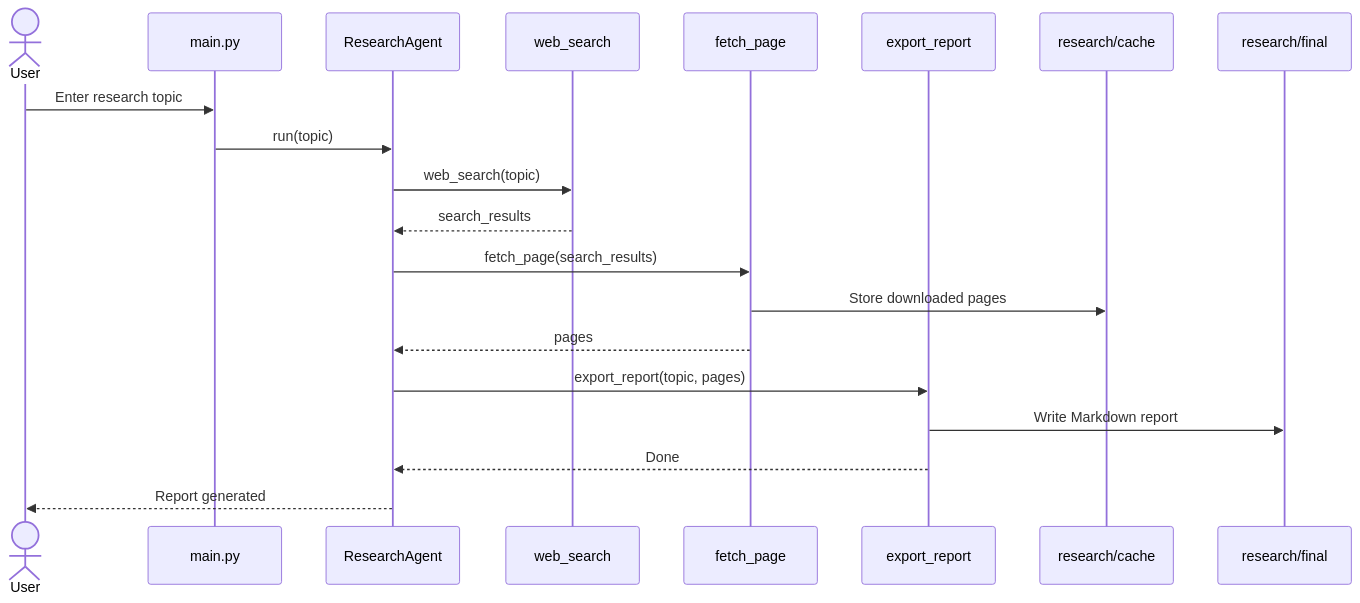
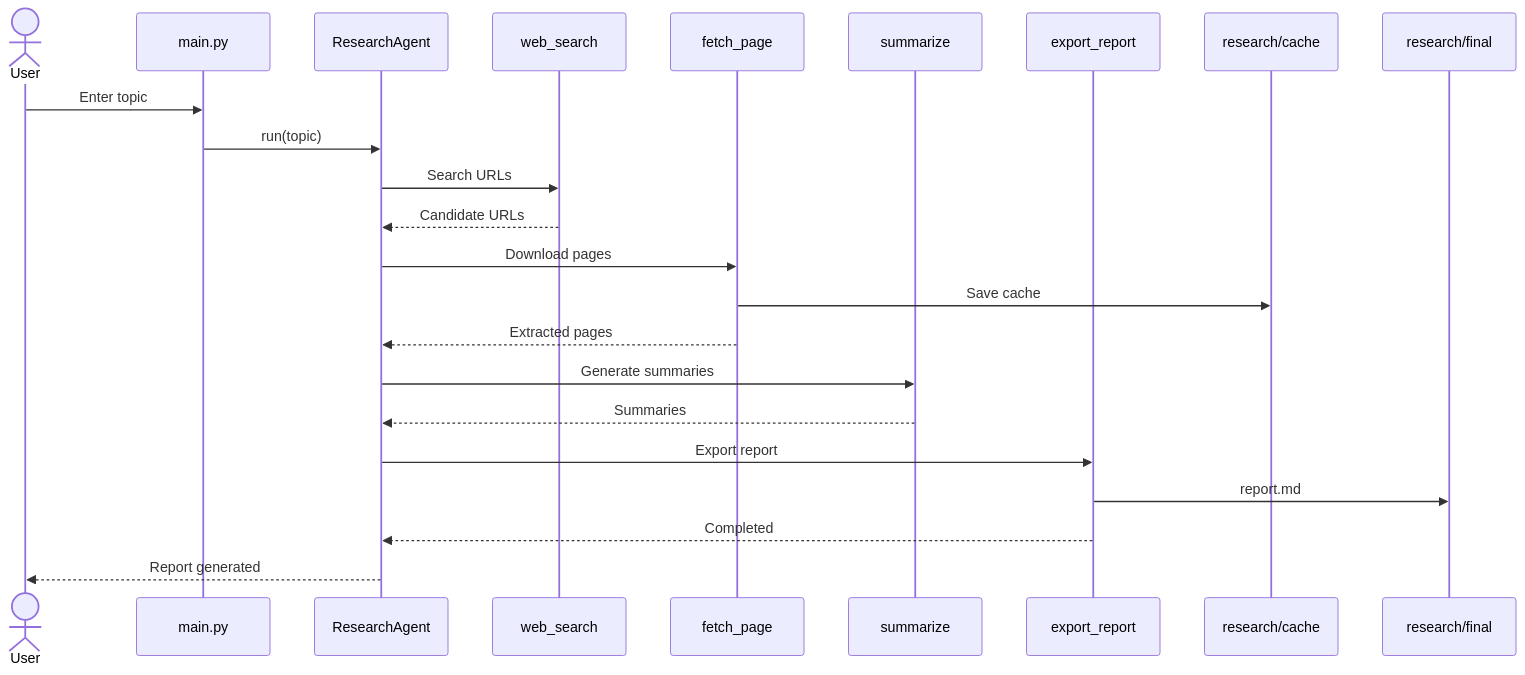
The third of 3 diagrams in docs/architecture.md (KJ-VS/automotive-research-agent), drawn with Mermaid before and after one commit. The commit also changed other lines of this file and 8 other files, not shown here.

Commit message:
Release v1.0 - Modular Automotive Research Agent

````diff
--- a/docs/architecture.md
+++ b/docs/architecture.md
@@ -77,23 +129,47 @@
 ```mermaid
 sequenceDiagram
-    actor User
-    participant main.py
-    participant ResearchAgent
-    participant web_search
-    participant fetch_page
-    participant export_report
-    participant Cache as research/cache
-    participant Output as research/final
 
-    User->>main.py: Enter research topic
-    main.py->>ResearchAgent: run(topic)
-    ResearchAgent->>web_search: web_search(topic)
-    web_search-->>ResearchAgent: search_results
-    ResearchAgent->>fetch_page: fetch_page(search_results)
-    fetch_page->>Cache: Store downloaded pages
-    fetch_page-->>ResearchAgent: pages
-    ResearchAgent->>export_report: export_report(topic, pages)
-    export_report->>Output: Write Markdown report
-    export_report-->>ResearchAgent: Done
-    ResearchAgent-->>User: Report generated
+actor User
+
+participant Main as main.py
+
+participant Agent as ResearchAgent
+
+participant Search as web_search
+
+participant Fetch as fetch_page
+
+participant Summary as summarize
+
+participant Report as export_report
+
+participant Cache as research/cache
+
+participant Output as research/final
+
+User->>Main: Enter topic
+
+Main->>Agent: run(topic)
+
+Agent->>Search: Search URLs
+
+Search-->>Agent: Candidate URLs
+
+Agent->>Fetch: Download pages
+
+Fetch->>Cache: Save cache
+
+Fetch-->>Agent: Extracted pages
+
+Agent->>Summary: Generate summaries
+
+Summary-->>Agent: Summaries
+
+Agent->>Report: Export report
+
+Report->>Output: report.md
+
+Report-->>Agent: Completed
+
+Agent-->>User: Report generated
 ```
````
